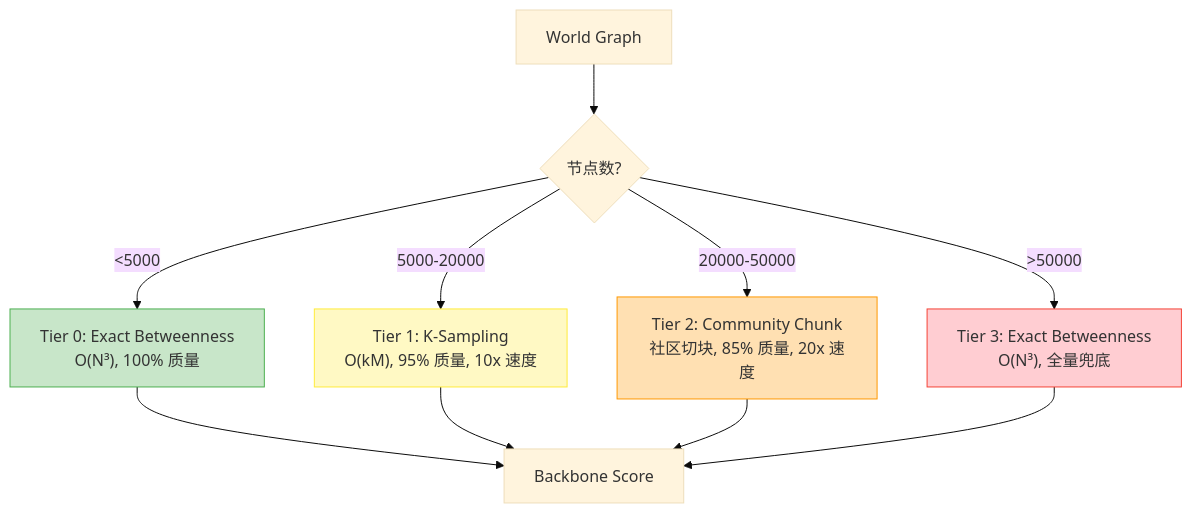
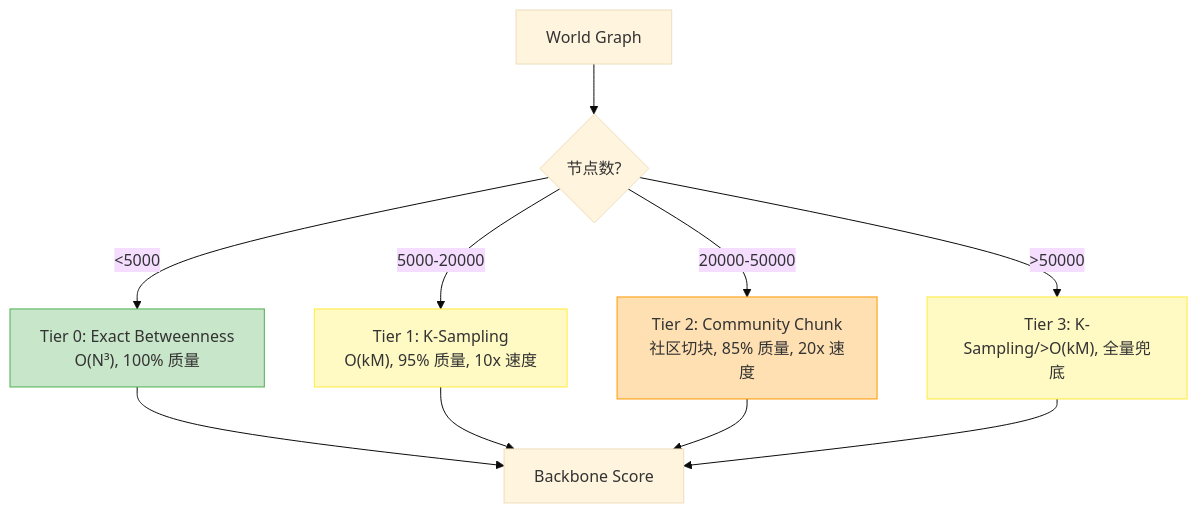
Before and after one commit to aptshark-g/DialogMesh: the seventh of 9 diagrams in docs/blog/chapter2_relation_over_prompt.md, drawn with Mermaid (base theme). The commit also changed other lines of this file, not shown here.

````diff
--- a/docs/blog/chapter2_relation_over_prompt.md
+++ b/docs/blog/chapter2_relation_over_prompt.md
@@ -269,18 +294,18 @@
 ```mermaid
 flowchart TD
     G["World Graph"] --> N{"节点数?"}
     N -->|<5000| T0["Tier 0: Exact Betweenness<br/>O(N³), 100% 质量"]
     N -->|5000-20000| T1["Tier 1: K-Sampling<br/>O(kM), 95% 质量, 10x 速度"]
     N -->|20000-50000| T2["Tier 2: Community Chunk<br/>社区切块, 85% 质量, 20x 速度"]
-    N -->|>50000| T3["Tier 3: Exact Betweenness<br/>O(N³), 全量兜底"]
+    N -->|>50000| T3["Tier 3: K-Sampling/>O(kM), 全量兜底"]
 
     T0 --> S["Backbone Score"]
     T1 --> S
     T2 --> S
     T3 --> S
 
     style T0 fill:#c8e6c9,stroke:#4caf50
     style T1 fill:#fff9c4,stroke:#ffeb3b
     style T2 fill:#ffe0b2,stroke:#ff9800
-    style T3 fill:#ffcdd2,stroke:#f44336
+    style T3 fill:#fff9c4,stroke:#ffeb3b
 ```
````
